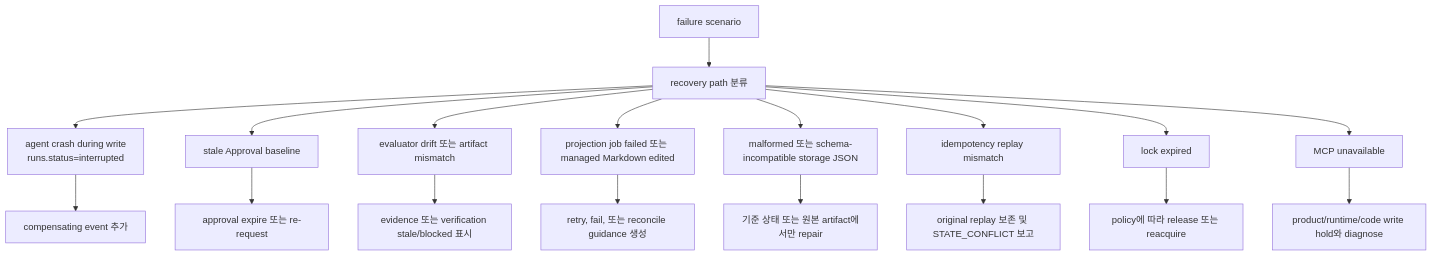
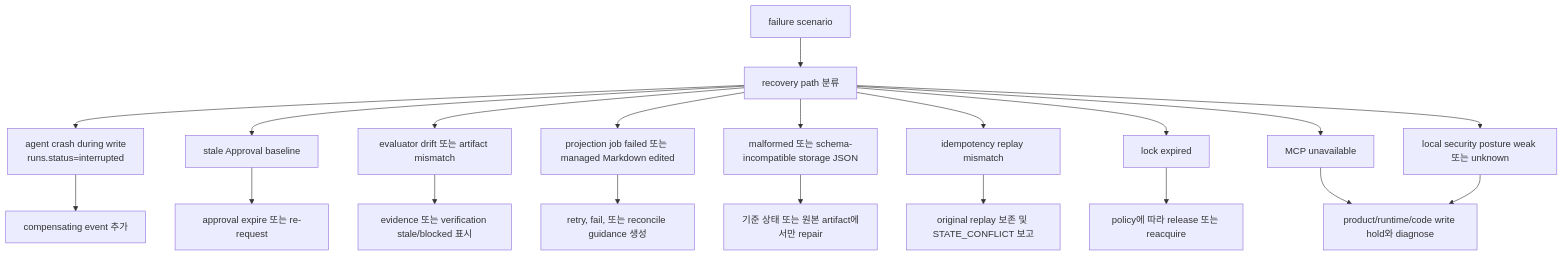
Before and after one commit to minjungw00/Volicord: the ninth of 14 diagrams in docs/ko/reference/operations-and-conformance.md, drawn with Mermaid. The commit also changed other lines of this file and 9 other files, not shown here.

Commit message:
docs: define MVP local security baseline

````diff
--- a/docs/ko/reference/operations-and-conformance.md
+++ b/docs/ko/reference/operations-and-conformance.md
@@ -454,20 +465,22 @@
 ```mermaid
 flowchart TD
   Scenario["failure scenario"] --> Classify["recovery path 분류"]
   Classify --> Interrupted["agent crash during write<br/>runs.status=interrupted"]
   Classify --> Baseline["stale Approval baseline"]
   Classify --> Evidence["evaluator drift 또는 artifact mismatch"]
   Classify --> Projection["projection job failed 또는 managed Markdown edited"]
   Classify --> Storage["malformed 또는 schema-incompatible storage JSON"]
   Classify --> Replay["idempotency replay mismatch"]
   Classify --> Lock["lock expired"]
   Classify --> MCP["MCP unavailable"]
+  Classify --> Security["local security posture weak 또는 unknown"]
   Interrupted --> Event["compensating event 추가"]
   Baseline --> Approval["approval expire 또는 re-request"]
   Evidence --> Stale["evidence 또는 verification stale/blocked 표시"]
   Projection --> Recon["retry, fail, 또는 reconcile guidance 생성"]
   Storage --> Repair["기준 상태 또는 원본 artifact에서만 repair"]
   Replay --> Conflict["original replay 보존 및 STATE_CONFLICT 보고"]
   Lock --> Release["policy에 따라 release 또는 reacquire"]
   MCP --> Hold["product/runtime/code write hold와 diagnose"]
+  Security --> Hold
 ```
````
